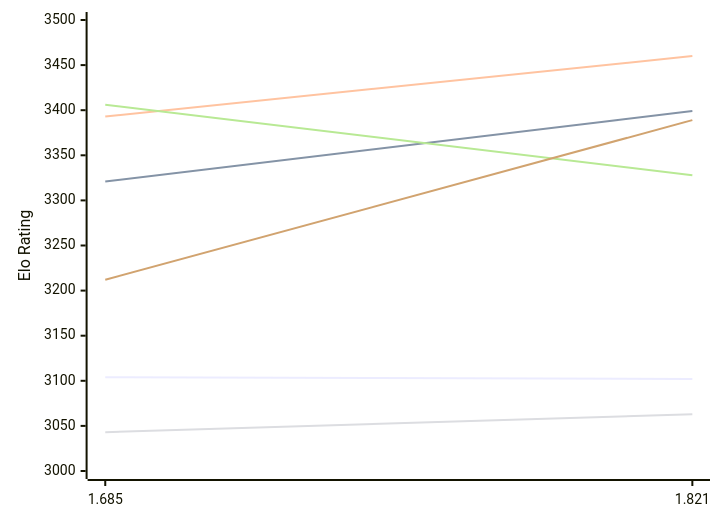
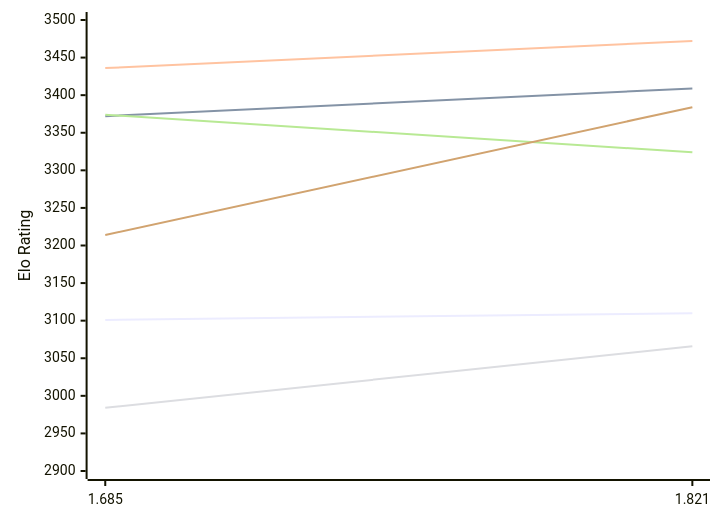
One commit to computer-chess-index/cci changed the first of 2 diagrams in engines/Malika.md. Above: the diagram before and after it, drawn with Mermaid. The commit also changed other lines of this file, not shown here.

Commit message:
Update CCI Ratings (ELO VLTC) - 2026-11-16

````diff
--- a/engines/Malika.md
+++ b/engines/Malika.md
@@ -54,12 +54,12 @@
 ```mermaid
 %%{init: {"theme":"base","themeVariables":{"seriesColors:['#a3a3a3','#222221','#faa371']}}}%%
 xychart-beta
   x-axis ["1.685", "1.821"]
-  y-axis "Elo Rating" 3000 --> 3500
-  line "E1: STC (8.0+0.08s)" [3104, 3102]
-  line "E1: LTC (60.0+0.60s)" [3321, 3399]
-  line "E1: VLTC (2m24s+1.12s)" [3393, 3460]
-  line "P1: STC (8.0+0.08s)" [3043, 3063]
-  line "P1: LTC (60.0+0.60s)" [3406, 3328]
-  line "P1: VLTC (2m24s+1.12s)" [3212, 3389]
+  y-axis "Elo Rating" 2900 --> 3500
+  line "E1: STC (8.0+0.08s)" [3101, 3110]
+  line "E1: LTC (60.0+0.60s)" [3372, 3409]
+  line "E1: VLTC (2m24s+1.12s)" [3436, 3472]
+  line "P1: STC (8.0+0.08s)" [2984, 3066]
+  line "P1: LTC (60.0+0.60s)" [3374, 3324]
+  line "P1: VLTC (2m24s+1.12s)" [3214, 3384]
 ```
````
